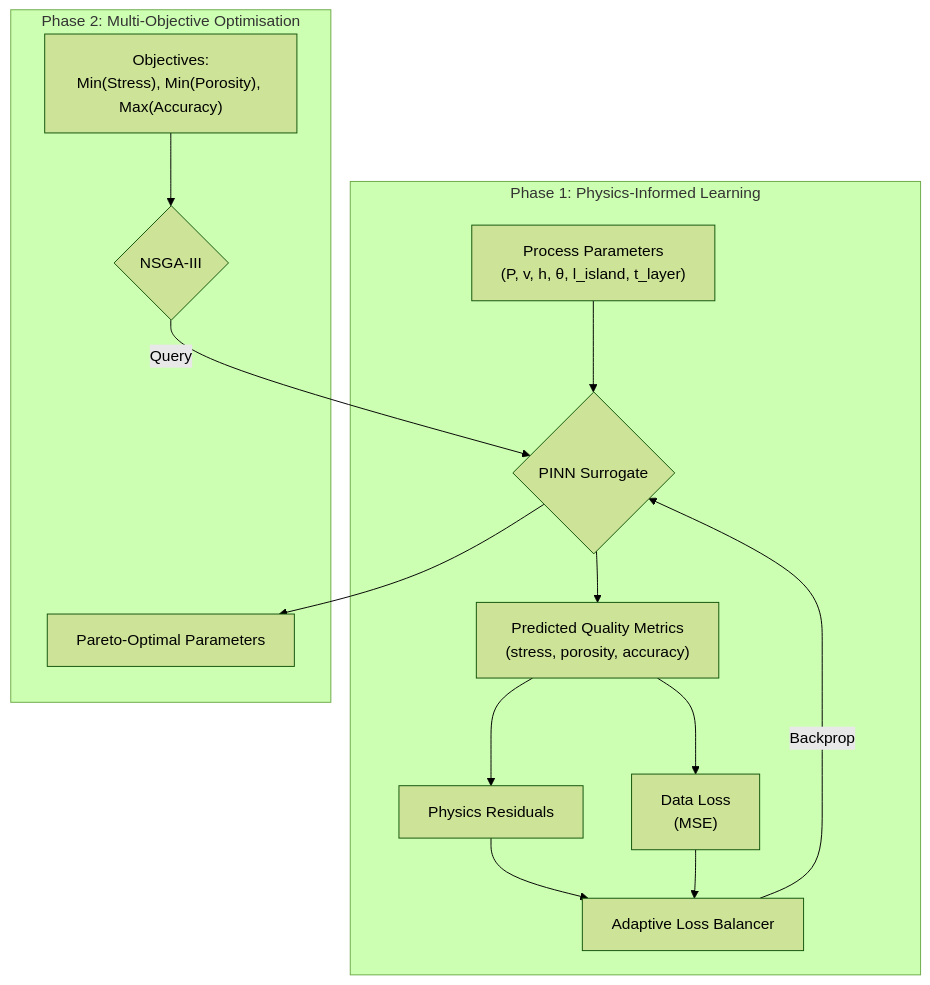
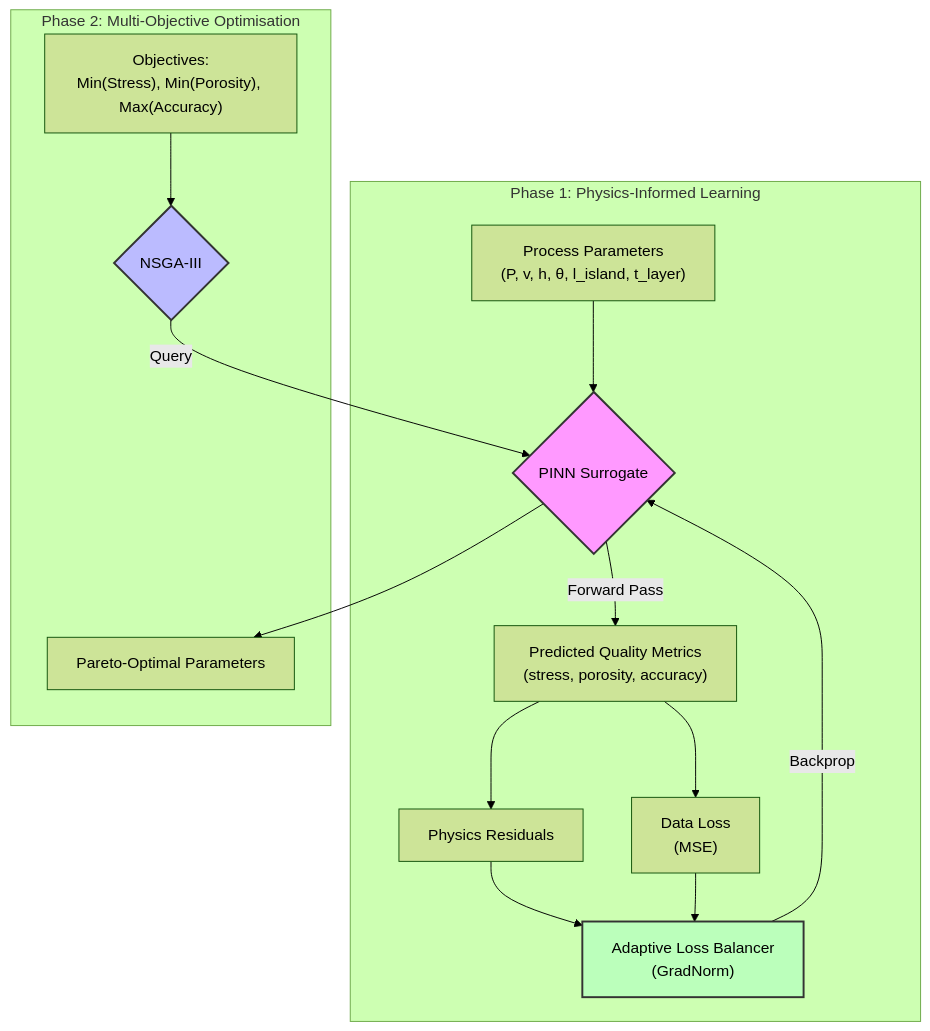
One commit to llMr-Sweetll/lpbf-optimizer changed the diagram in README.md. Above: the diagram before and after it, drawn with Mermaid (forest theme). The commit also changed other lines of this file and 11 other files, not shown here.

````diff
--- a/README.md
+++ b/README.md
@@ -25,17 +34,21 @@
 ```mermaid
 graph TD
     subgraph "Phase 1: Physics-Informed Learning"
     A["Process Parameters<br>(P, v, h, θ, l_island, t_layer)"] --> B{PINN Surrogate}
-    B --> C["Predicted Quality Metrics<br>(stress, porosity, accuracy)"]
+    B -->|Forward Pass| C["Predicted Quality Metrics<br>(stress, porosity, accuracy)"]
     C --> D["Physics Residuals"]
     C --> E["Data Loss<br>(MSE)"]
-    D & E --> F["Adaptive Loss Balancer"]
+    D & E --> F["Adaptive Loss Balancer<br>(GradNorm)"]
     F -->|Backprop| B
     end
 
     subgraph "Phase 2: Multi-Objective Optimisation"
     G["Objectives:<br>Min(Stress), Min(Porosity), Max(Accuracy)"] --> H{NSGA-III}
     H -->|Query| B
     B --> I["Pareto-Optimal Parameters"]
     end
+
+    style B fill:#f9f,stroke:#333,stroke-width:2px
+    style H fill:#bbf,stroke:#333,stroke-width:2px
+    style F fill:#bfb,stroke:#333,stroke-width:2px
 ```
````
